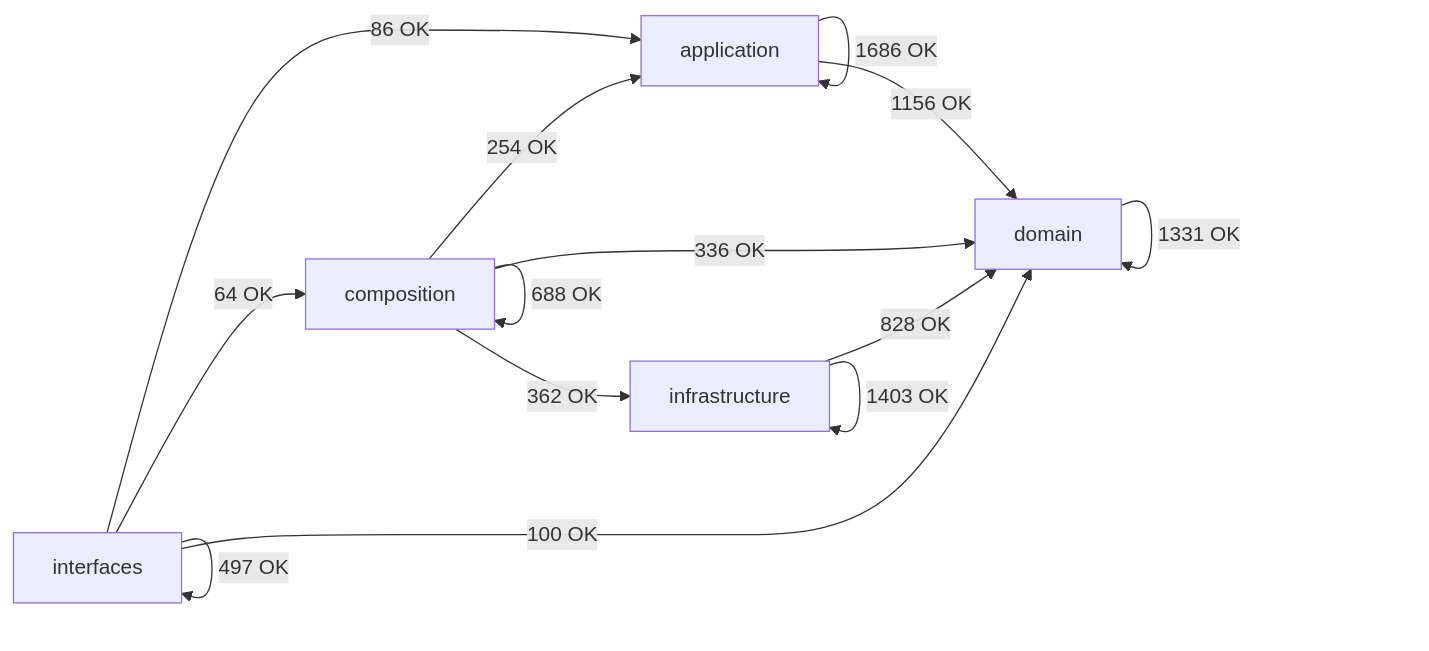
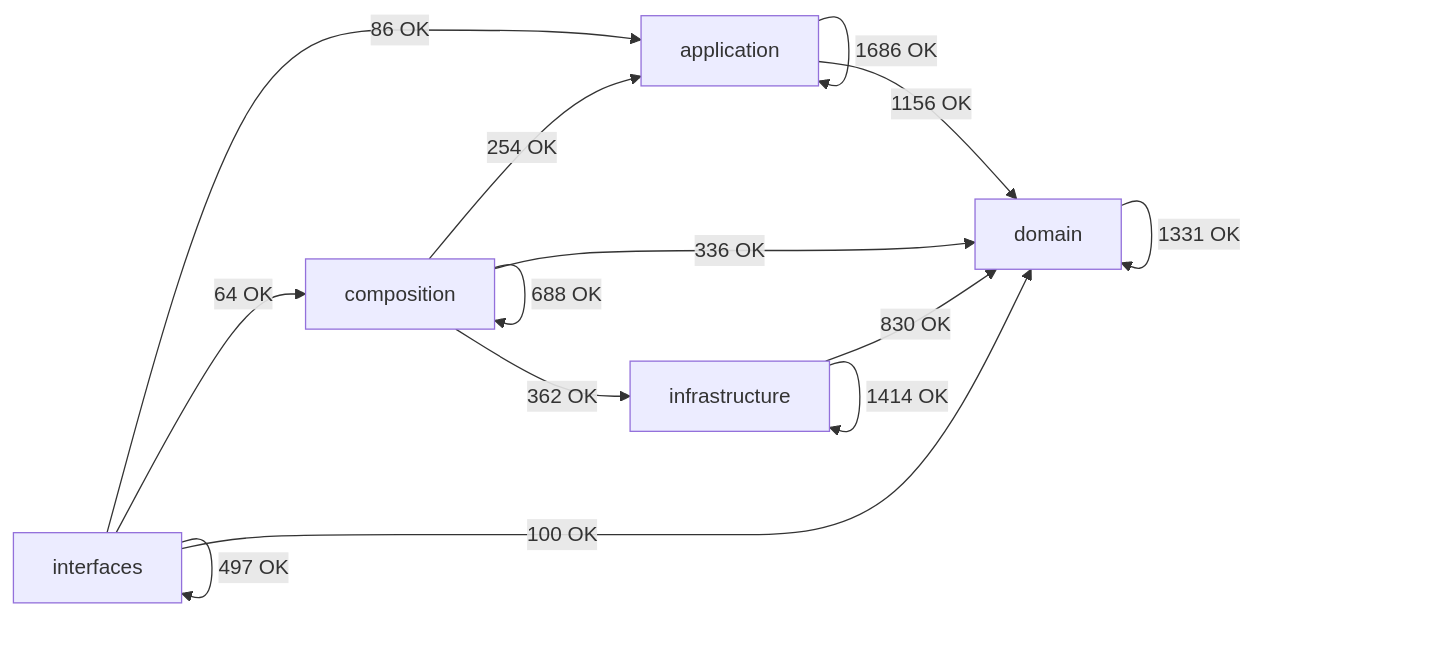
Before and after one commit to SatoryKono/BioactivityDataAcquisition: the diagram in docs/02-architecture/generated/module-dependency-map.md, drawn with Mermaid. The commit also changed other lines of this file and 1 other file, not shown here.

````diff
--- a/docs/02-architecture/generated/module-dependency-map.md
+++ b/docs/02-architecture/generated/module-dependency-map.md
@@ -17,21 +17,21 @@
 ```mermaid
 flowchart LR
     domain[domain]
     application[application]
     infrastructure[infrastructure]
     composition[composition]
     interfaces[interfaces]
     application -->|1686 OK| application
     application -->|1156 OK| domain
     composition -->|254 OK| application
     composition -->|688 OK| composition
     composition -->|336 OK| domain
     composition -->|362 OK| infrastructure
     domain -->|1331 OK| domain
-    infrastructure -->|828 OK| domain
-    infrastructure -->|1403 OK| infrastructure
+    infrastructure -->|830 OK| domain
+    infrastructure -->|1414 OK| infrastructure
     interfaces -->|86 OK| application
     interfaces -->|64 OK| composition
     interfaces -->|100 OK| domain
     interfaces -->|497 OK| interfaces
 ```
````
